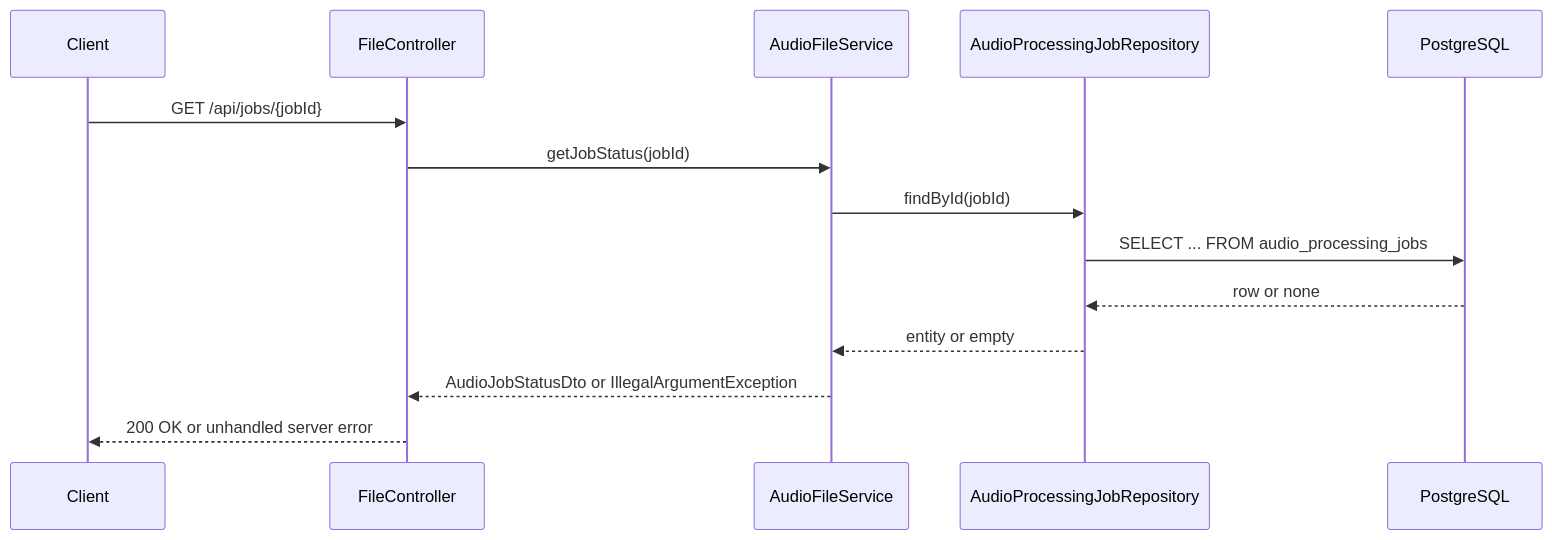
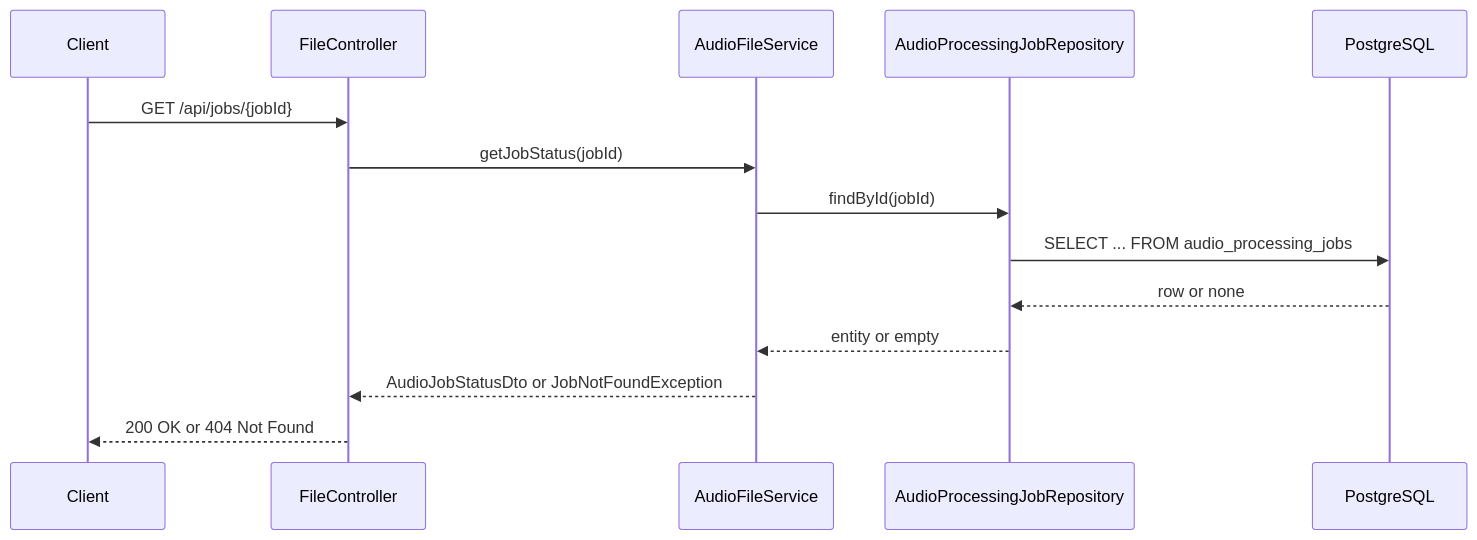
One commit to ashd19/Async-Audio-Ingestion-Pipeline changed the third of 5 diagrams in docs/02-request-flow.md. Above: the diagram before and after it, drawn with Mermaid. The commit also changed other lines of this file and 12 other files, not shown here.

Commit message:
test: add unit tests for controller and services; fix download key, job 404, and empty-upload 400

````diff
--- a/docs/02-request-flow.md
+++ b/docs/02-request-flow.md
@@ -181,17 +181,17 @@
 ```mermaid
 sequenceDiagram
     participant Client
     participant Controller as FileController
     participant Service as AudioFileService
     participant Repo as AudioProcessingJobRepository
     participant DB as PostgreSQL
 
     Client->>Controller: GET /api/jobs/{jobId}
     Controller->>Service: getJobStatus(jobId)
     Service->>Repo: findById(jobId)
     Repo->>DB: SELECT ... FROM audio_processing_jobs
     DB-->>Repo: row or none
     Repo-->>Service: entity or empty
-    Service-->>Controller: AudioJobStatusDto or IllegalArgumentException
-    Controller-->>Client: 200 OK or unhandled server error
+    Service-->>Controller: AudioJobStatusDto or JobNotFoundException
+    Controller-->>Client: 200 OK or 404 Not Found
 ```
````
